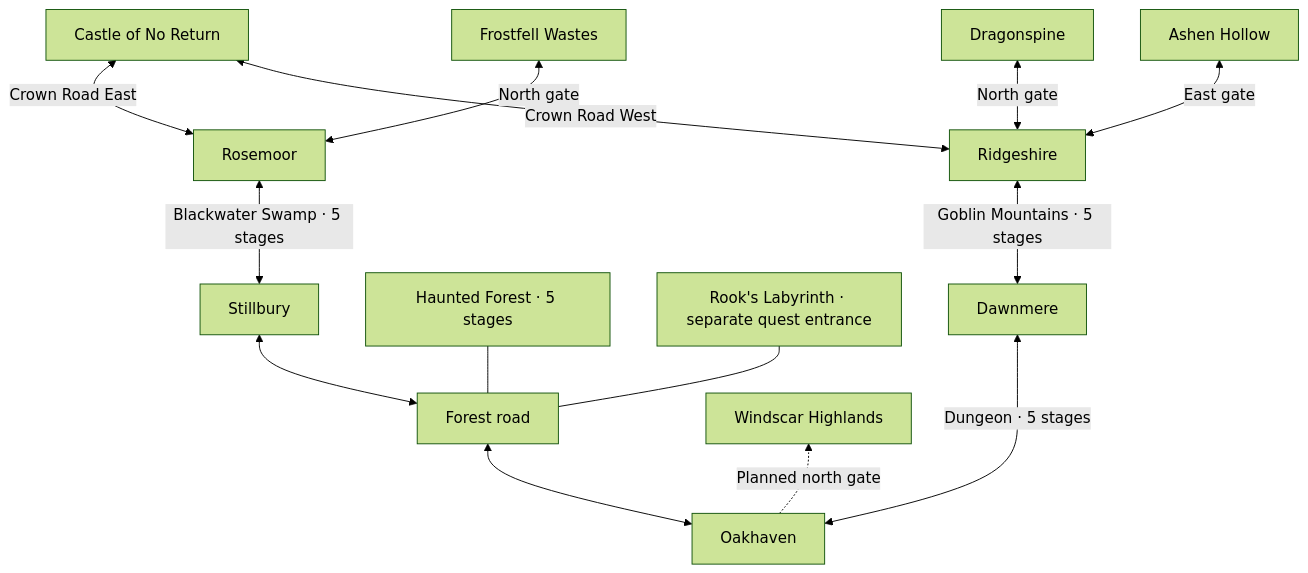
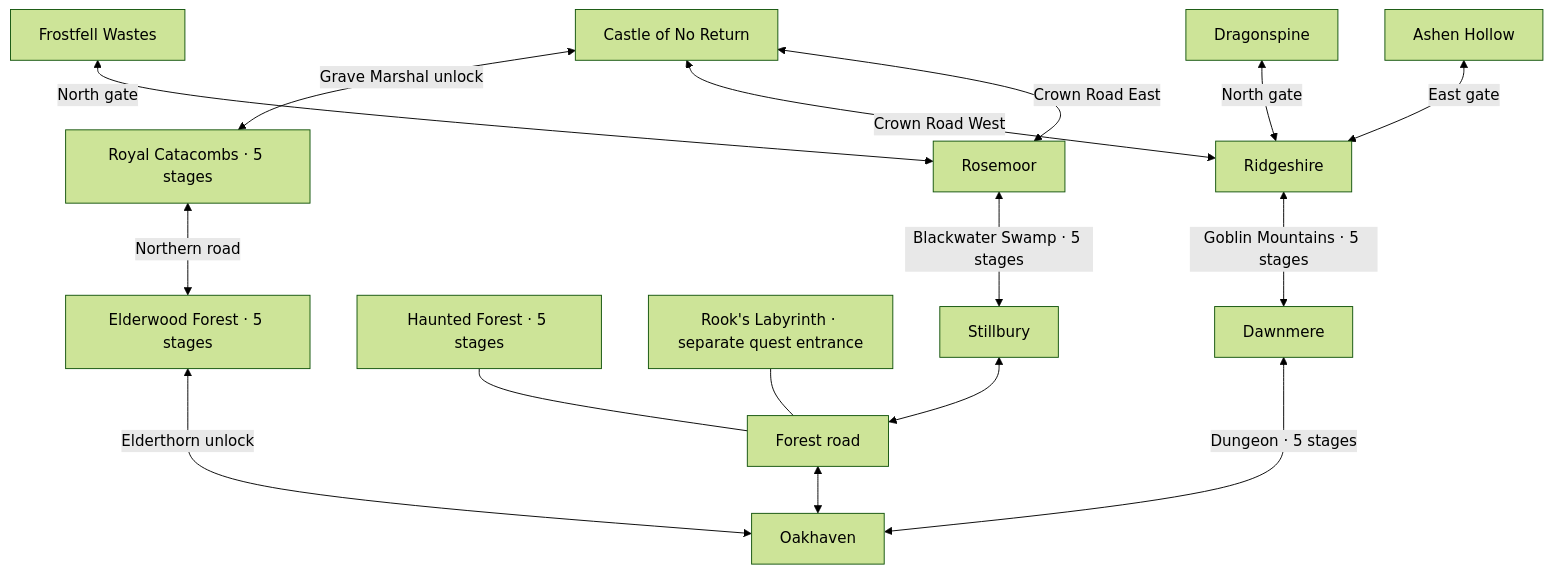
The diagram in docs/five-town-expansion.md (christsantiris/c_rpg), drawn with Mermaid (forest theme) before and after one commit. The commit also changed other lines of this file and 52 other files, not shown here.

Commit message:
Add Elderwood forest area

````diff
--- a/docs/five-town-expansion.md
+++ b/docs/five-town-expansion.md
@@ -12,16 +10,18 @@
 ```mermaid
 flowchart BT
     Oak[Oakhaven] <--> Road[Forest road]
     Road <--> Still[Stillbury]
     Road --- Forest[Haunted Forest · 5 stages]
     Road --- Maze[Rook's Labyrinth · separate quest entrance]
     Still <-->|Blackwater Swamp · 5 stages| Rose[Rosemoor]
     Rose <-->|Crown Road East| Castle[Castle of No Return]
     Oak <-->|Dungeon · 5 stages| Dawn[Dawnmere]
     Dawn <-->|Goblin Mountains · 5 stages| Ridge[Ridgeshire]
     Ridge <-->|Crown Road West| Castle
-    Oak -.->|Planned north gate| Wind[Windscar Highlands]
+    Oak <-->|Elderthorn unlock| Elder[Elderwood Forest · 5 stages]
+    Elder <-->|Northern road| Cat[Royal Catacombs · 5 stages]
+    Cat <-->|Grave Marshal unlock| Castle
     Rose <-->|North gate| Frost[Frostfell Wastes]
     Ridge <-->|North gate| Dragon[Dragonspine]
     Ridge <-->|East gate| Ashen[Ashen Hollow]
 ```
````
